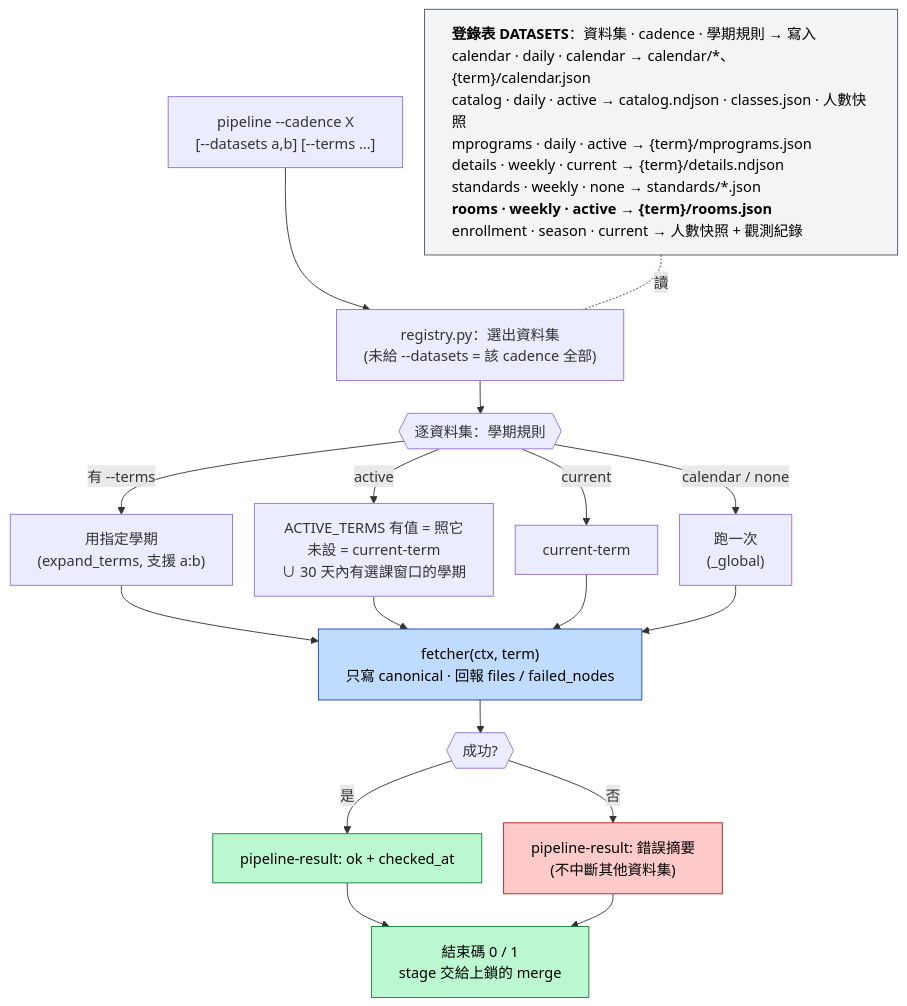
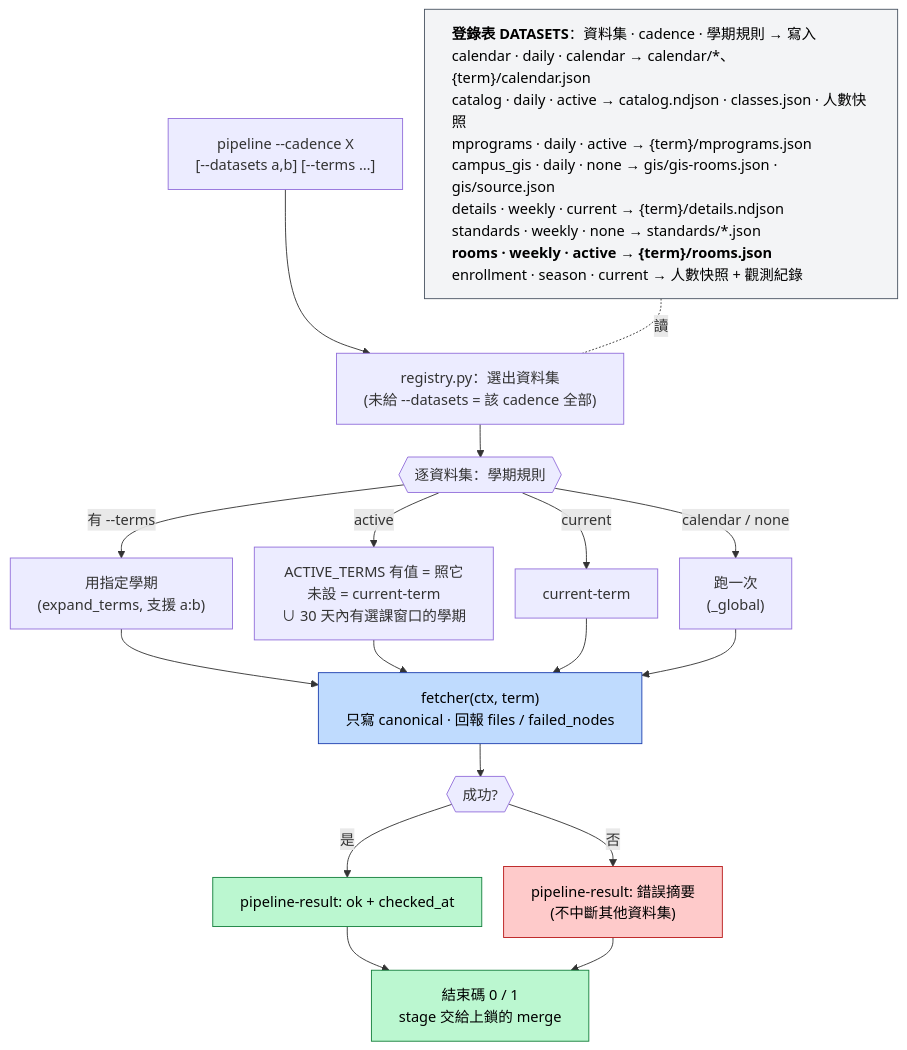
Before and after one commit to poterpan/ntutbox-course: the diagram in docs/diagrams/04-crawl-logic.mmd, drawn with Mermaid. The commit also changed 42 other files, not shown here.

First line of the commit message:
feat(gis): campus_gis 資料集——GIS 改從 ntutbox-campus CDN 同步，清單與地圖用同一份大樓名稱與順序（D28） (#131)

```diff
--- a/docs/diagrams/04-crawl-logic.mmd
+++ b/docs/diagrams/04-crawl-logic.mmd
@@ -1,35 +1,35 @@
 ---
 config:
   flowchart:
     useMaxWidth: false
     wrappingWidth: 460
     nodeSpacing: 24
     rankSpacing: 36
 ---
 flowchart TB
     A["pipeline --cadence X<br/>[--datasets a,b] [--terms …]"] --> B["registry.py：選出資料集<br/>(未給 --datasets = 該 cadence 全部)"]
-    REG["<b>登錄表 DATASETS</b>：資料集 · cadence · 學期規則 → 寫入<br/>calendar · daily · calendar → calendar/*、{term}/calendar.json<br/>catalog · daily · active → catalog.ndjson · classes.json · 人數快照<br/>mprograms · daily · active → {term}/mprograms.json<br/>details · weekly · current → {term}/details.ndjson<br/>standards · weekly · none → standards/*.json<br/><b>rooms · weekly · active → {term}/rooms.json</b><br/>enrollment · season · current → 人數快照 + 觀測紀錄"]
+    REG["<b>登錄表 DATASETS</b>：資料集 · cadence · 學期規則 → 寫入<br/>calendar · daily · calendar → calendar/*、{term}/calendar.json<br/>catalog · daily · active → catalog.ndjson · classes.json · 人數快照<br/>mprograms · daily · active → {term}/mprograms.json<br/>campus_gis · daily · none → gis/gis-rooms.json · gis/source.json<br/>details · weekly · current → {term}/details.ndjson<br/>standards · weekly · none → standards/*.json<br/><b>rooms · weekly · active → {term}/rooms.json</b><br/>enrollment · season · current → 人數快照 + 觀測紀錄"]
     REG -.-|讀| B
     B --> C{{"逐資料集：學期規則"}}
     C -->|"有 --terms"| T0["用指定學期<br/>(expand_terms, 支援 a:b)"]
     C -->|"active"| T1["ACTIVE_TERMS 有值 = 照它<br/>未設 = current-term<br/>∪ 30 天內有選課窗口的學期"]
     C -->|"current"| T2["current-term"]
     C -->|"calendar / none"| T3["跑一次<br/>(_global)"]
     T0 --> F
     T1 --> F
     T2 --> F
     T3 --> F
     F["fetcher(ctx, term)<br/>只寫 canonical · 回報 files / failed_nodes"] --> G{{"成功?"}}
     G -->|是| OK["pipeline-result: ok + checked_at"]
     G -->|否| NG["pipeline-result: 錯誤摘要<br/>(不中斷其他資料集)"]
     OK --> R["結束碼 0 / 1<br/>stage 交給上鎖的 merge"]
     NG --> R
 
     classDef crawl fill:#bfdbfe,stroke:#1e40af,color:#000
     classDef done fill:#bbf7d0,stroke:#15803d,color:#000
     classDef bad fill:#fecaca,stroke:#b91c1c,color:#000
     classDef reg fill:#f3f4f6,stroke:#4b5563,color:#000,text-align:left
     class F crawl
     class OK,R done
     class NG bad
     class REG reg
```
